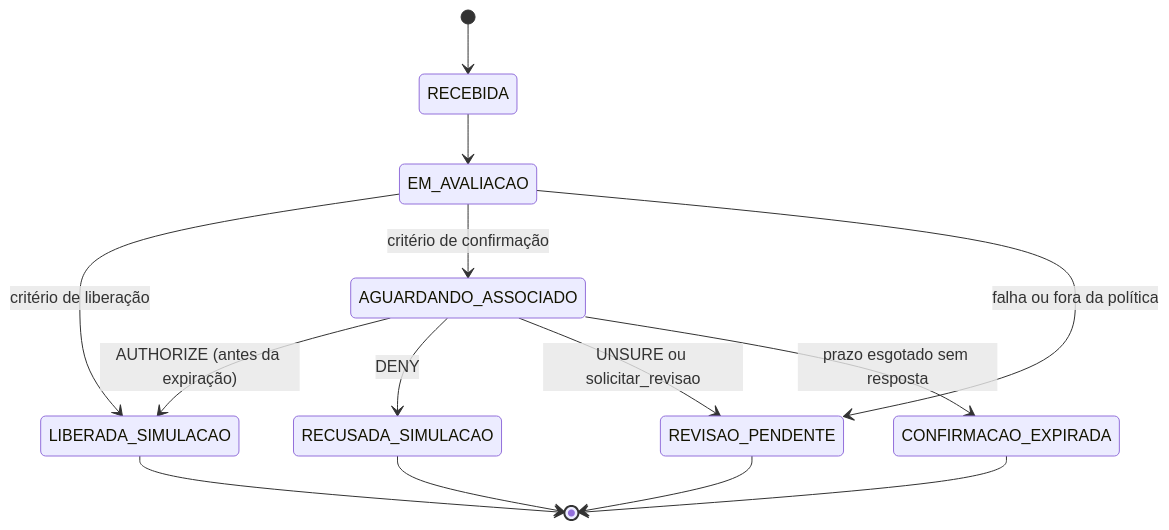
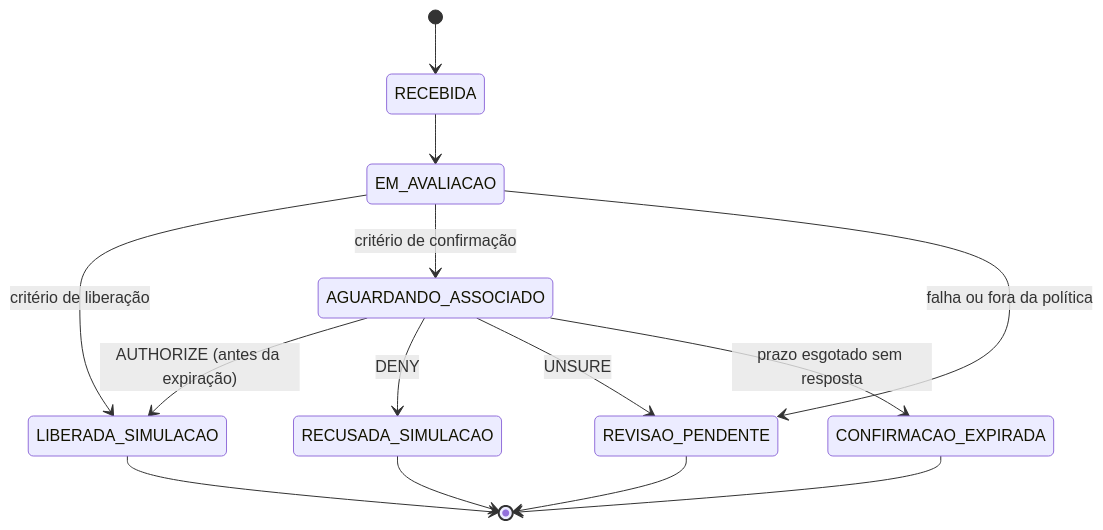
One commit to PedroHaouliFaria/Inteli-Raiz changed the third of 3 diagrams in entregas/10_arquitetura.md. Above: the diagram before and after it, drawn with Mermaid. The commit also changed other lines of this file and 1 other file, not shown here.

````diff
--- a/entregas/10_arquitetura.md
+++ b/entregas/10_arquitetura.md
@@ -237,16 +238,16 @@
 ```mermaid
 stateDiagram-v2
     [*] --> RECEBIDA
     RECEBIDA --> EM_AVALIACAO
     EM_AVALIACAO --> LIBERADA_SIMULACAO : critério de liberação
     EM_AVALIACAO --> AGUARDANDO_ASSOCIADO : critério de confirmação
     EM_AVALIACAO --> REVISAO_PENDENTE : falha ou fora da política
     AGUARDANDO_ASSOCIADO --> LIBERADA_SIMULACAO : AUTHORIZE (antes da expiração)
     AGUARDANDO_ASSOCIADO --> RECUSADA_SIMULACAO : DENY
-    AGUARDANDO_ASSOCIADO --> REVISAO_PENDENTE : UNSURE ou solicitar_revisao
+    AGUARDANDO_ASSOCIADO --> REVISAO_PENDENTE : UNSURE
     AGUARDANDO_ASSOCIADO --> CONFIRMACAO_EXPIRADA : prazo esgotado sem resposta
     LIBERADA_SIMULACAO --> [*]
     RECUSADA_SIMULACAO --> [*]
     REVISAO_PENDENTE --> [*]
     CONFIRMACAO_EXPIRADA --> [*]
 ```
````
